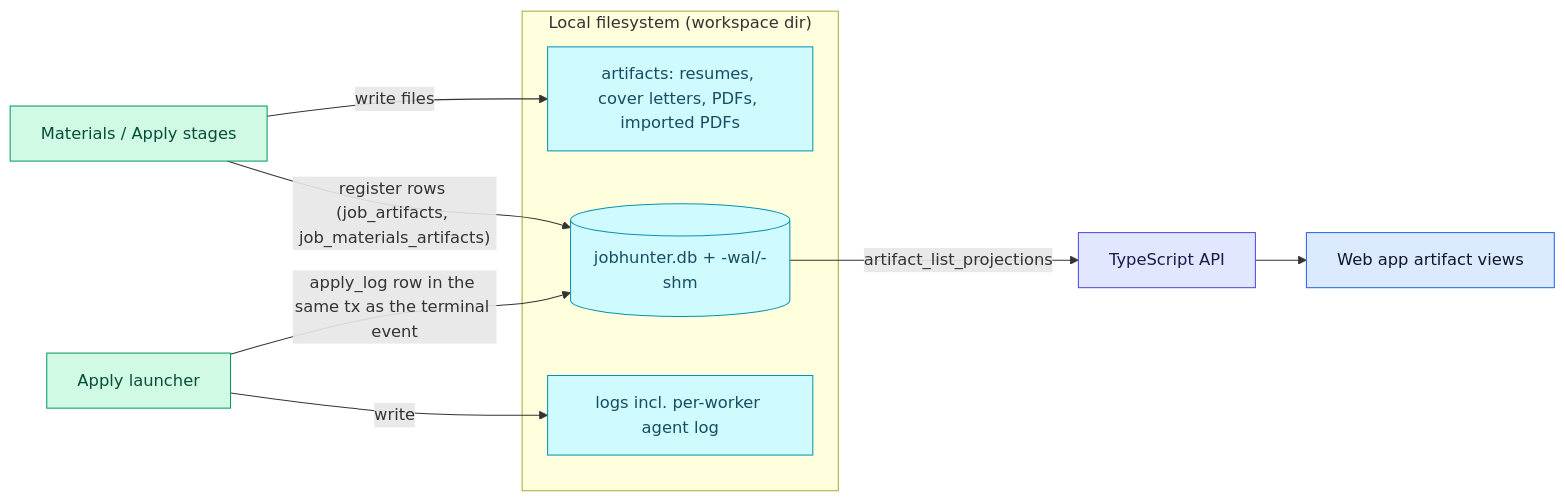
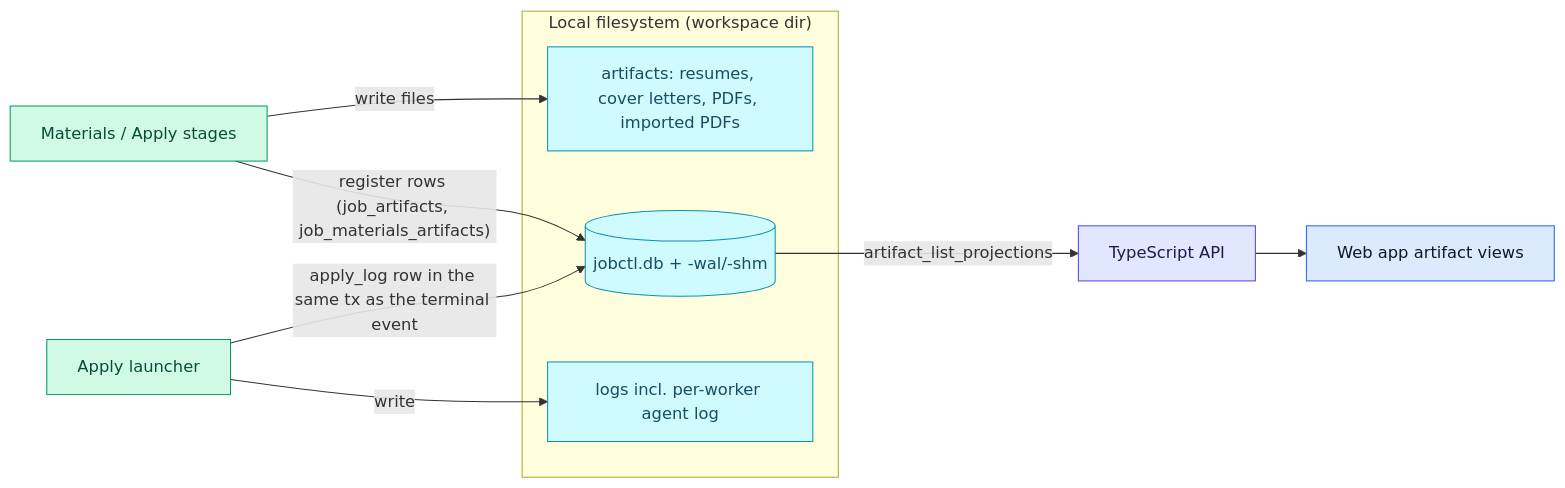
Before and after one commit to ebarti/JobCtrl: the second of 2 diagrams in docs/architecture/storage.md, drawn with Mermaid. The commit also changed other lines of this file and 1281 other files, not shown here.

````diff
--- a/docs/architecture/storage.md
+++ b/docs/architecture/storage.md
@@ -113,23 +113,23 @@
 ```mermaid
 flowchart LR
     subgraph FS["Local filesystem (workspace dir)"]
-        DB[("jobhunter.db + -wal/-shm")]
+        DB[("jobctl.db + -wal/-shm")]
         ART["artifacts: resumes, cover letters, PDFs, imported PDFs"]
         LOGS["logs incl. per-worker agent log"]
     end
     GEN["Materials / Apply stages"] -->|write files| ART
     GEN -->|"register rows (job_artifacts, job_materials_artifacts)"| DB
     APPLY["Apply launcher"] -->|"apply_log row in the same tx as the terminal event"| DB
     APPLY -->|write| LOGS
     DB -->|"artifact_list_projections"| API["TypeScript API"]
     API --> WEB["Web app artifact views"]
 
     classDef ui fill:#dbeafe,stroke:#2563eb,color:#0f172a
     classDef ts fill:#e0e7ff,stroke:#4f46e5,color:#1e1b4b
     classDef py fill:#d1fae5,stroke:#059669,color:#064e3b
     classDef store fill:#cffafe,stroke:#0891b2,color:#164e63
     class GEN,APPLY py
     class API ts
     class WEB ui
     class DB,ART,LOGS store
 ```
````
